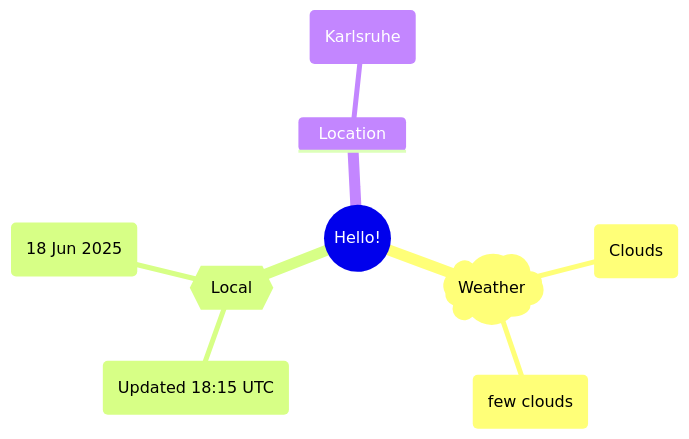
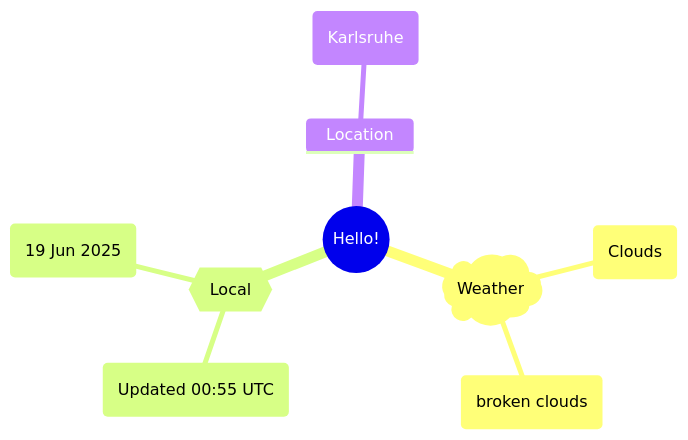
One commit to Xosrov/Xosrov changed the first of 2 diagrams in README.md. Above: the diagram before and after it, drawn with Mermaid.

Commit message:
[bot] updated images

````diff
--- a/README.md
+++ b/README.md
@@ -3,12 +3,12 @@
 ```mermaid
 mindmap
   root((Hello!))
     )Weather(
         (Clouds)
-        (few clouds)
+        (broken clouds)
     {{Local}}
-        (Updated 18:15 UTC)
-        (18 Jun 2025)
+        (Updated 00:55 UTC)
+        (19 Jun 2025)
     Location
         (Karlsruhe)
 ```
````
